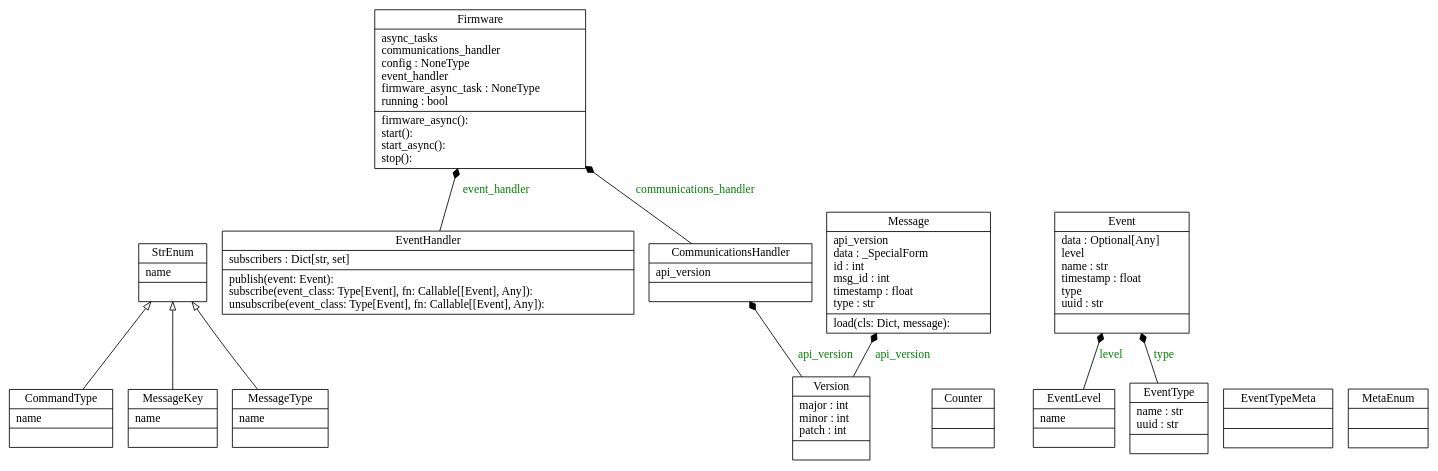
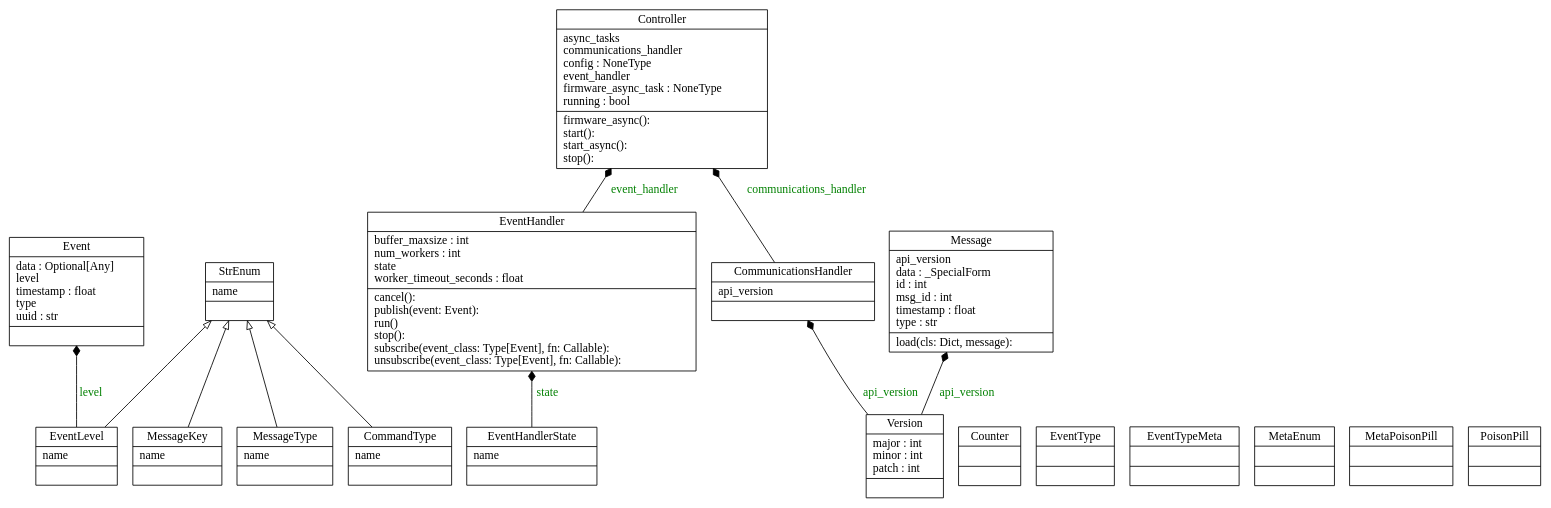
Before and after one commit to bonastreyair/iot-firmware: the diagram in docs/graphs/classes.dot, drawn with Graphviz. The commit also changed 5 other files, not shown here.

```diff
--- a/docs/graphs/classes.dot
+++ b/docs/graphs/classes.dot
@@ -1,28 +1,32 @@
 digraph "classes" {
 rankdir=BT
 charset="utf-8"
 "iot_firmware.enums.CommandType" [color="black", fontcolor="black", label="{CommandType|name\l|}", shape="record", style="solid"];
 "iot_firmware.communications.handler.CommunicationsHandler" [color="black", fontcolor="black", label="{CommunicationsHandler|api_version\l|}", shape="record", style="solid"];
+"iot_firmware.controller.Controller" [color="black", fontcolor="black", label="{Controller|async_tasks\lcommunications_handler\lconfig : NoneType\levent_handler\lfirmware_async_task : NoneType\lrunning : bool\l|firmware_async(): \lstart(): \lstart_async(): \lstop(): \l}", shape="record", style="solid"];
 "iot_firmware.communications.utils.Counter" [color="black", fontcolor="black", label="{Counter|\l|}", shape="record", style="solid"];
-"iot_firmware.event.schema.Event" [color="black", fontcolor="black", label="{Event|data : Optional[Any]\llevel\lname : str\ltimestamp : float\ltype\luuid : str\l|}", shape="record", style="solid"];
-"iot_firmware.event.handler.EventHandler" [color="black", fontcolor="black", label="{EventHandler|subscribers : Dict[str, set]\l|publish(event: Event): \lsubscribe(event_class: Type[Event], fn: Callable[[Event], Any]): \lunsubscribe(event_class: Type[Event], fn: Callable[[Event], Any]): \l}", shape="record", style="solid"];
+"iot_firmware.event.schema.Event" [color="black", fontcolor="black", label="{Event|data : Optional[Any]\llevel\ltimestamp : float\ltype\luuid : str\l|}", shape="record", style="solid"];
+"iot_firmware.event.handler.EventHandler" [color="black", fontcolor="black", label="{EventHandler|buffer_maxsize : int\lnum_workers : int\lstate\lworker_timeout_seconds : float\l|cancel(): \lpublish(event: Event): \lrun()\lstop(): \lsubscribe(event_class: Type[Event], fn: Callable): \lunsubscribe(event_class: Type[Event], fn: Callable): \l}", shape="record", style="solid"];
+"iot_firmware.event.handler.EventHandlerState" [color="black", fontcolor="black", label="{EventHandlerState|name\l|}", shape="record", style="solid"];
 "iot_firmware.event.enum.EventLevel" [color="black", fontcolor="black", label="{EventLevel|name\l|}", shape="record", style="solid"];
-"iot_firmware.event.schema.EventType" [color="black", fontcolor="black", label="{EventType|name : str\luuid : str\l|}", shape="record", style="solid"];
+"iot_firmware.event.schema.EventType" [color="black", fontcolor="black", label="{EventType|\l|}", shape="record", style="solid"];
 "iot_firmware.event.schema.EventTypeMeta" [color="black", fontcolor="black", label="{EventTypeMeta|\l|}", shape="record", style="solid"];
-"iot_firmware.firmware.Firmware" [color="black", fontcolor="black", label="{Firmware|async_tasks\lcommunications_handler\lconfig : NoneType\levent_handler\lfirmware_async_task : NoneType\lrunning : bool\l|firmware_async(): \lstart(): \lstart_async(): \lstop(): \l}", shape="record", style="solid"];
 "iot_firmware.communications.schema.Message" [color="black", fontcolor="black", label="{Message|api_version\ldata : _SpecialForm\lid : int\lmsg_id : int\ltimestamp : float\ltype : str\l|load(cls: Dict, message): \l}", shape="record", style="solid"];
 "iot_firmware.enums.MessageKey" [color="black", fontcolor="black", label="{MessageKey|name\l|}", shape="record", style="solid"];
 "iot_firmware.enums.MessageType" [color="black", fontcolor="black", label="{MessageType|name\l|}", shape="record", style="solid"];
 "iot_firmware.enums.MetaEnum" [color="black", fontcolor="black", label="{MetaEnum|\l|}", shape="record", style="solid"];
+"iot_firmware.event.handler.MetaPoisonPill" [color="black", fontcolor="black", label="{MetaPoisonPill|\l|}", shape="record", style="solid"];
+"iot_firmware.event.handler.PoisonPill" [color="black", fontcolor="black", label="{PoisonPill|\l|}", shape="record", style="solid"];
 "iot_firmware.enums.StrEnum" [color="black", fontcolor="black", label="{StrEnum|name\l|}", shape="record", style="solid"];
 "iot_firmware.communications.schema.Version" [color="black", fontcolor="black", label="{Version|major : int\lminor : int\lpatch : int\l|}", shape="record", style="solid"];
 "iot_firmware.enums.CommandType" -> "iot_firmware.enums.StrEnum" [arrowhead="empty", arrowtail="none"];
 "iot_firmware.enums.MessageKey" -> "iot_firmware.enums.StrEnum" [arrowhead="empty", arrowtail="none"];
 "iot_firmware.enums.MessageType" -> "iot_firmware.enums.StrEnum" [arrowhead="empty", arrowtail="none"];
-"iot_firmware.communications.handler.CommunicationsHandler" -> "iot_firmware.firmware.Firmware" [arrowhead="diamond", arrowtail="none", fontcolor="green", label="communications_handler", style="solid"];
+"iot_firmware.event.enum.EventLevel" -> "iot_firmware.enums.StrEnum" [arrowhead="empty", arrowtail="none"];
+"iot_firmware.communications.handler.CommunicationsHandler" -> "iot_firmware.controller.Controller" [arrowhead="diamond", arrowtail="none", fontcolor="green", label="communications_handler", style="solid"];
 "iot_firmware.communications.schema.Version" -> "iot_firmware.communications.handler.CommunicationsHandler" [arrowhead="diamond", arrowtail="none", fontcolor="green", label="api_version", style="solid"];
 "iot_firmware.communications.schema.Version" -> "iot_firmware.communications.schema.Message" [arrowhead="diamond", arrowtail="none", fontcolor="green", label="api_version", style="solid"];
 "iot_firmware.event.enum.EventLevel" -> "iot_firmware.event.schema.Event" [arrowhead="diamond", arrowtail="none", fontcolor="green", label="level", style="solid"];
-"iot_firmware.event.handler.EventHandler" -> "iot_firmware.firmware.Firmware" [arrowhead="diamond", arrowtail="none", fontcolor="green", label="event_handler", style="solid"];
-"iot_firmware.event.schema.EventType" -> "iot_firmware.event.schema.Event" [arrowhead="diamond", arrowtail="none", fontcolor="green", label="type", style="solid"];
+"iot_firmware.event.handler.EventHandler" -> "iot_firmware.controller.Controller" [arrowhead="diamond", arrowtail="none", fontcolor="green", label="event_handler", style="solid"];
+"iot_firmware.event.handler.EventHandlerState" -> "iot_firmware.event.handler.EventHandler" [arrowhead="diamond", arrowtail="none", fontcolor="green", label="state", style="solid"];
 }
```
